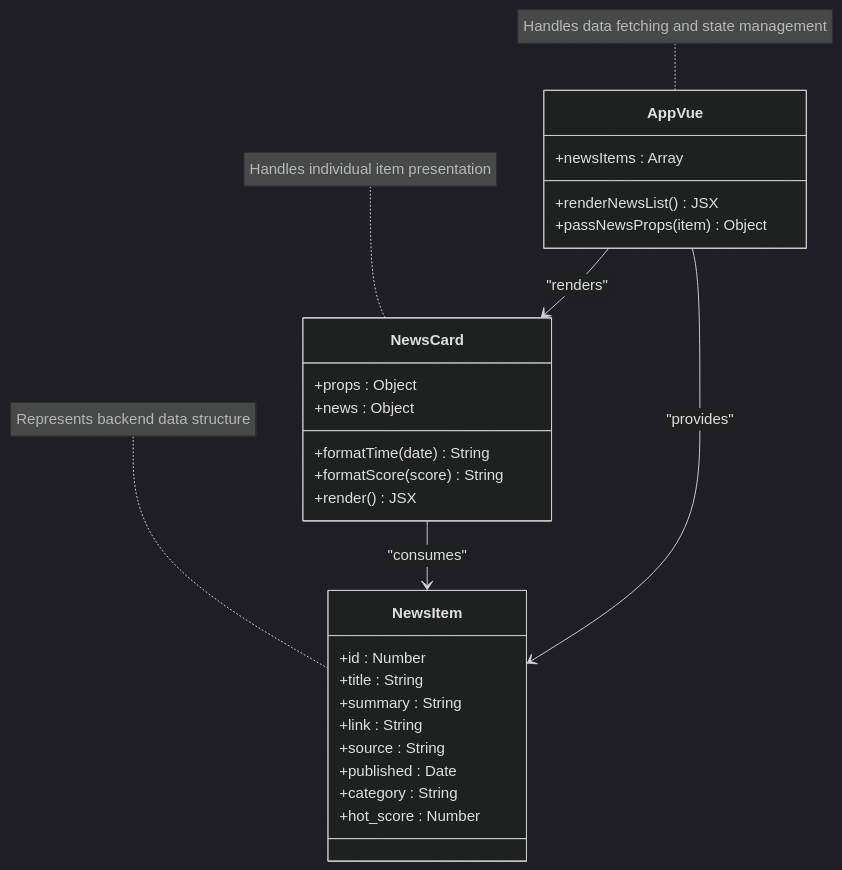
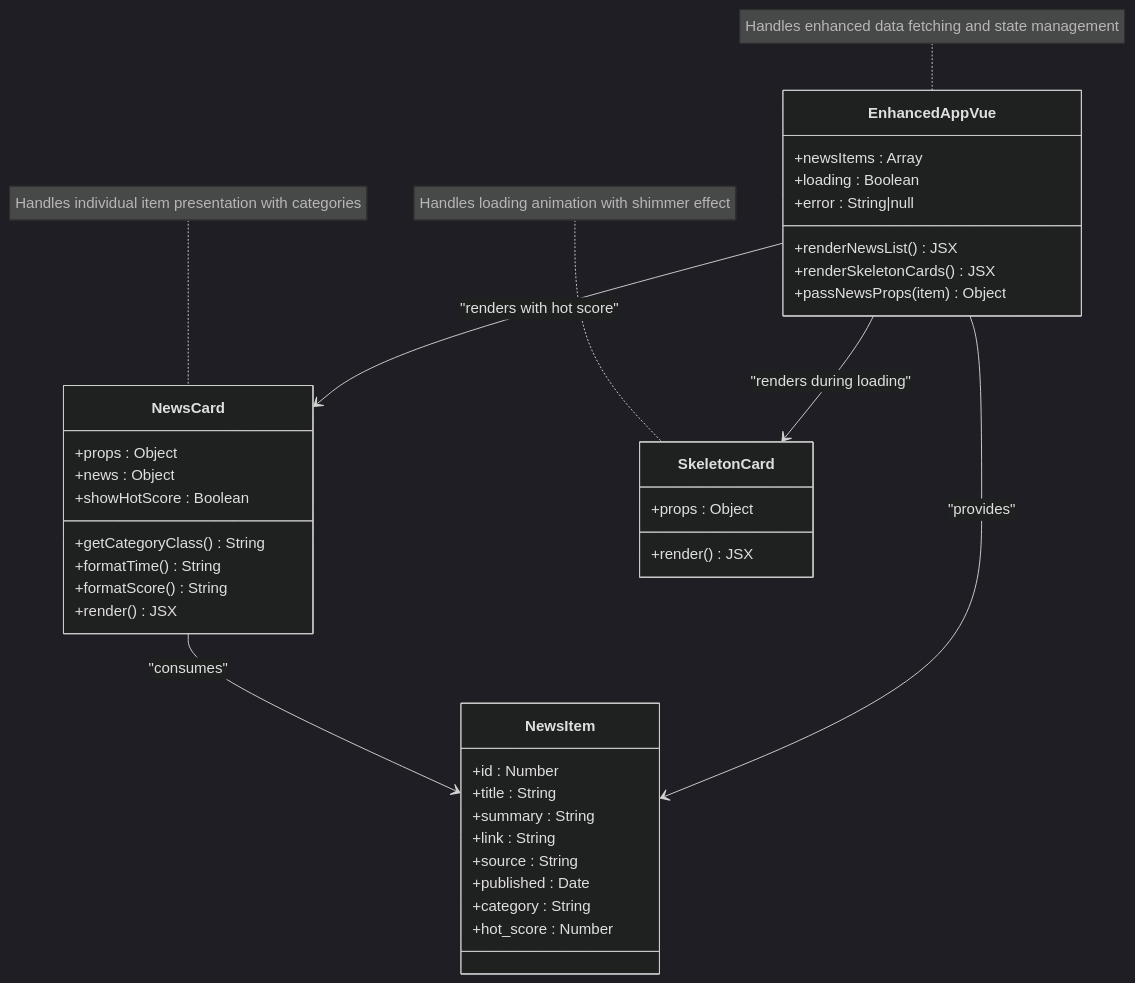
The tenth of 11 diagrams in .qoder/repowiki/en/content/Frontend Application/App Component.md (zbw-zbw/news-aggregator), drawn with Mermaid (dark theme) before and after one commit. The commit also changed other lines of this file and 4 other files, not shown here.

````diff
--- a/.qoder/repowiki/en/content/Frontend Application/App Component.md
+++ b/.qoder/repowiki/en/content/Frontend Application/App Component.md
@@ -400,31 +486,41 @@
 ```mermaid
 classDiagram
-class AppVue {
+class EnhancedAppVue {
 +newsItems : Array
++loading : Boolean
++error : String|null
 +renderNewsList() JSX
++renderSkeletonCards() JSX
 +passNewsProps(item) Object
 }
 class NewsCard {
 +props : Object
 +news : Object
-+formatTime(date) String
-+formatScore(score) String
++showHotScore : Boolean
++getCategoryClass() String
++formatTime() String
++formatScore() String
++render() JSX
+}
+class SkeletonCard {
++props : Object
 +render() JSX
 }
 class NewsItem {
 +id : Number
 +title : String
 +summary : String
 +link : String
 +source : String
 +published : Date
 +category : String
 +hot_score : Number
 }
-AppVue --> NewsCard : "renders"
+EnhancedAppVue --> NewsCard : "renders with hot score"
+EnhancedAppVue --> SkeletonCard : "renders during loading"
 NewsCard --> NewsItem : "consumes"
-AppVue --> NewsItem : "provides"
-note for AppVue "Handles data fetching and state management"
-note for NewsCard "Handles individual item presentation"
-note for NewsItem "Represents backend data structure"
+EnhancedAppVue --> NewsItem : "provides"
+note for EnhancedAppVue "Handles enhanced data fetching and state management"
+note for NewsCard "Handles individual item presentation with categories"
+note for SkeletonCard "Handles loading animation with shimmer effect"
 ```
````
